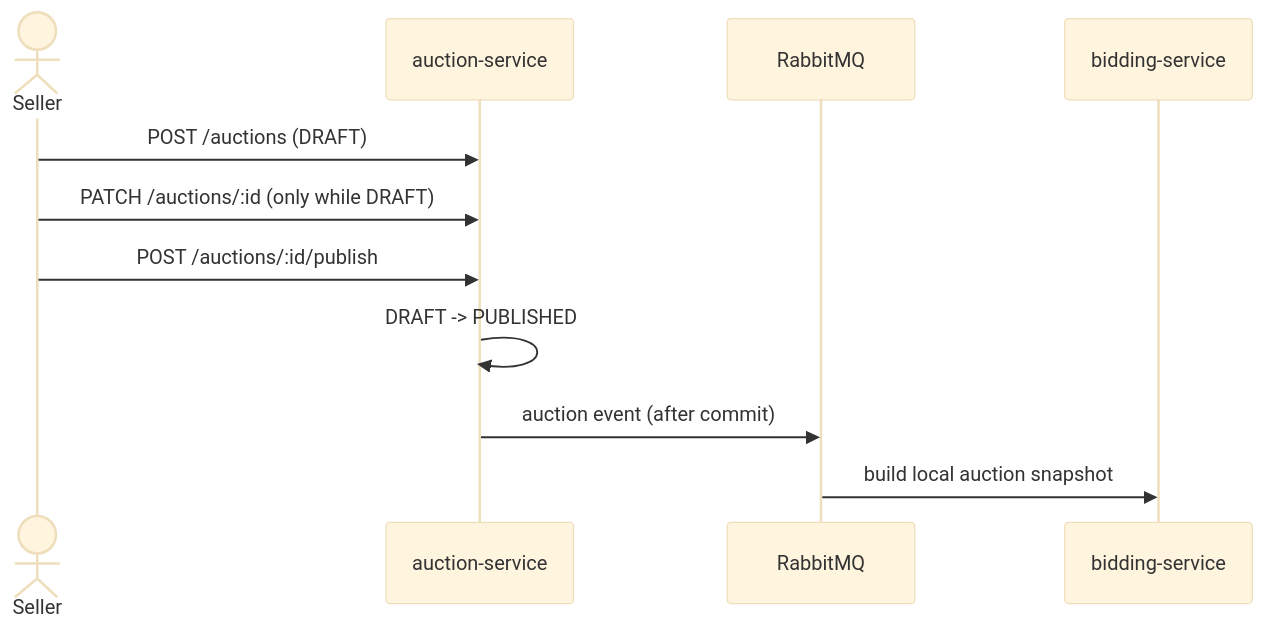
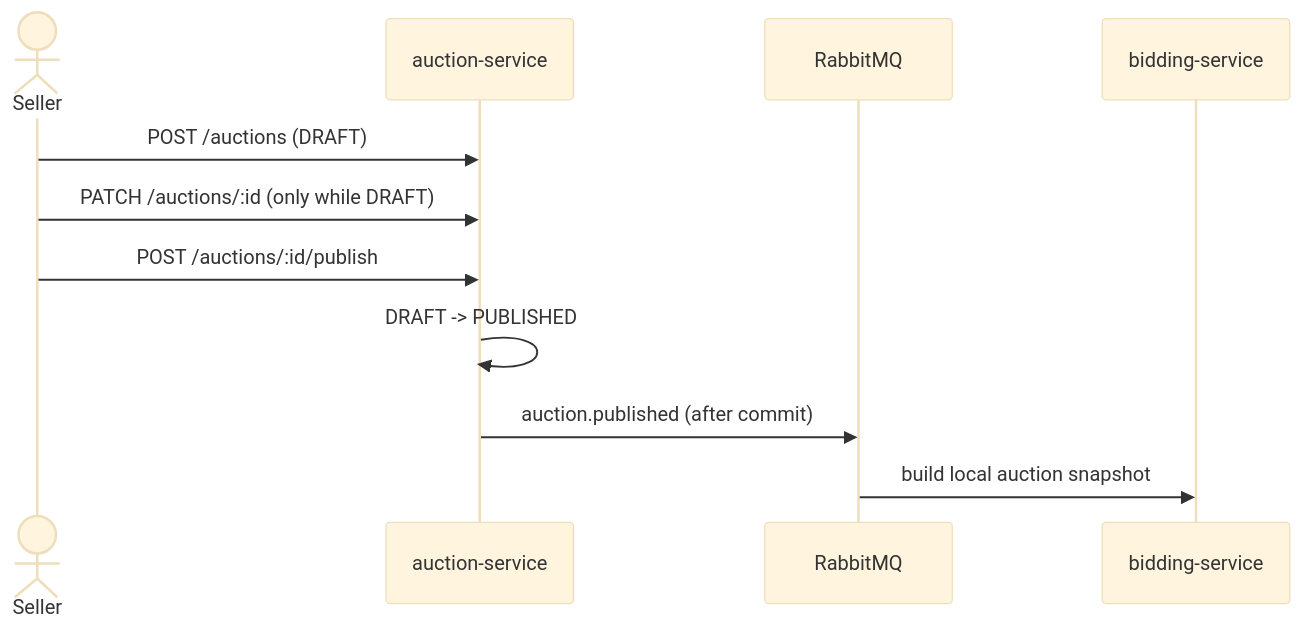
The second of 4 diagrams in docs/requirements.md (eronakuleta/online-auction-platform), drawn with Mermaid (base theme) before and after one commit. The commit also changed other lines of this file and 28 other files, not shown here.

````diff
--- a/docs/requirements.md
+++ b/docs/requirements.md
@@ -347,13 +349,13 @@
 ```mermaid
 sequenceDiagram
   actor S as Seller
   participant AU as auction-service
   participant Q as RabbitMQ
   participant B as bidding-service
   S->>AU: POST /auctions (DRAFT)
   S->>AU: PATCH /auctions/:id (only while DRAFT)
   S->>AU: POST /auctions/:id/publish
   AU->>AU: DRAFT -> PUBLISHED
-  AU->>Q: auction event (after commit)
+  AU->>Q: auction.published (after commit)
   Q->>B: build local auction snapshot
 ```
````
